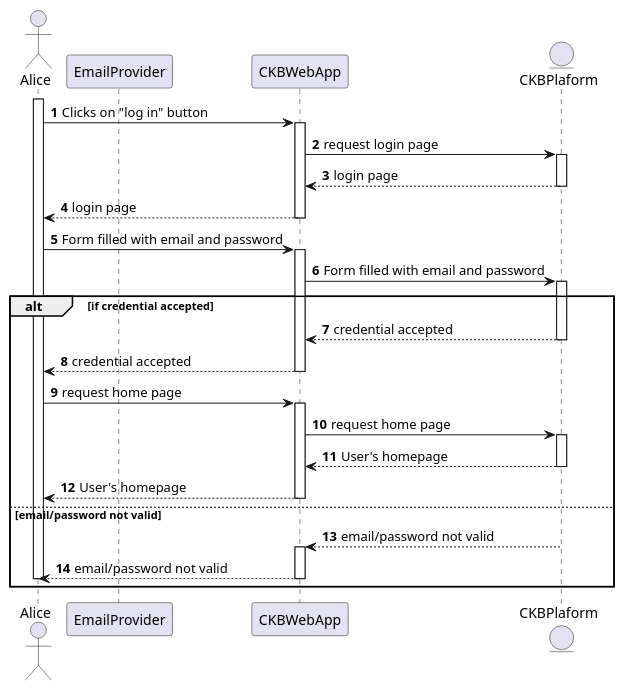
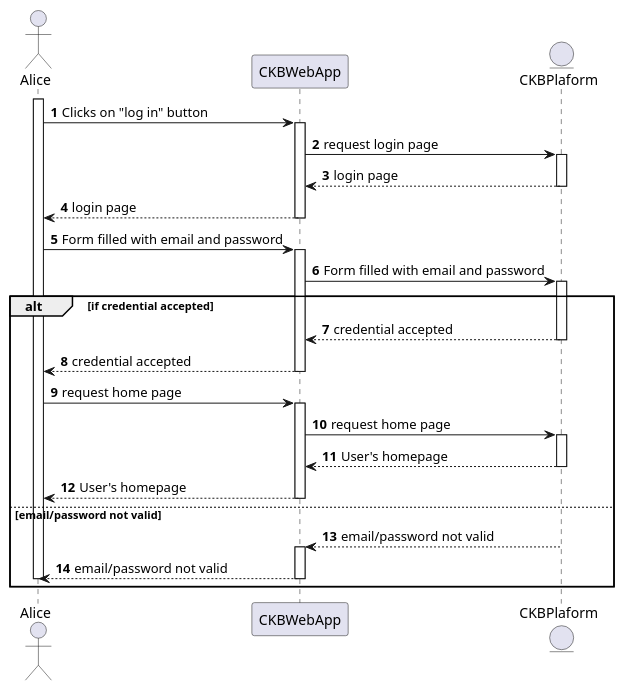
The diagram in _RASD/Images/UML/sequenceDiagram/sequenceDiagramUC2.wsd (Angelo7672/SE2_Requirement-and-Design-Document), drawn with PlantUML before and after one commit. The commit also changed 11 other files, not shown here.

```diff
--- a/_RASD/Images/UML/sequenceDiagram/sequenceDiagramUC2.wsd
+++ b/_RASD/Images/UML/sequenceDiagram/sequenceDiagramUC2.wsd
@@ -1,46 +1,45 @@
 @startuml
 
 autonumber
 
 actor Alice
-participant EmailProvider as Email
 participant CKBWebApp as App
 entity CKBPlaform as Platform
 
 activate Alice
 Alice -> App: Clicks on "log in" button
 activate App
 App -> Platform: request login page
 activate Platform
 Platform --> App: login page
 deactivate Platform
 App --> Alice: login page
 deactivate App
 Alice -> App: Form filled with email and password
 activate App
 App -> Platform: Form filled with email and password
 activate Platform
 
 alt if credential accepted
     Platform --> App: credential accepted
     deactivate Platform
     App --> Alice: credential accepted
     deactivate App
     Alice -> App: request home page
     activate App
     App -> Platform: request home page
     activate Platform
     Platform --> App: User's homepage
     deactivate Platform
     App --> Alice: User's homepage
     deactivate App
 else email/password not valid
     Platform --> App: email/password not valid
     deactivate Platform
     activate App
     App --> Alice: email/password not valid
     deactivate App
     deactivate Alice
 end
 
 @enduml
```
